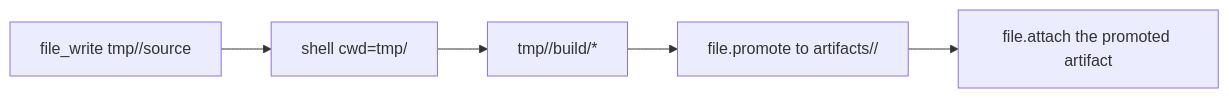
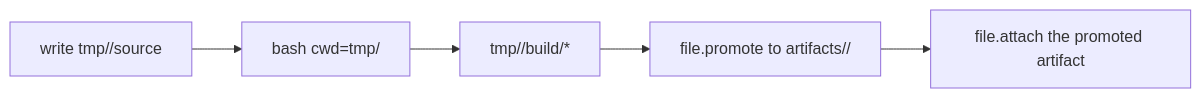
Before and after one commit to yeomyeonggeori/internkim: the second of 2 diagrams in README.md, drawn with Mermaid. The commit also changed other lines of this file and 23 other files, not shown here.

First line of the commit message:
refactor: name the kernel read write edit bash plan equip

````diff
--- a/README.md
+++ b/README.md
@@ -167,7 +167,7 @@
 ```mermaid
 flowchart LR
-  Draft["file_write tmp/<slug>/source"] --> Build["shell cwd=tmp/<slug>"]
+  Draft["write tmp/<slug>/source"] --> Build["bash cwd=tmp/<slug>"]
   Build --> Output["tmp/<slug>/build/*"]
   Output --> Promote["file.promote to artifacts/<slug>/"]
   Promote --> Attach["file.attach the promoted artifact"]
 ```
````
